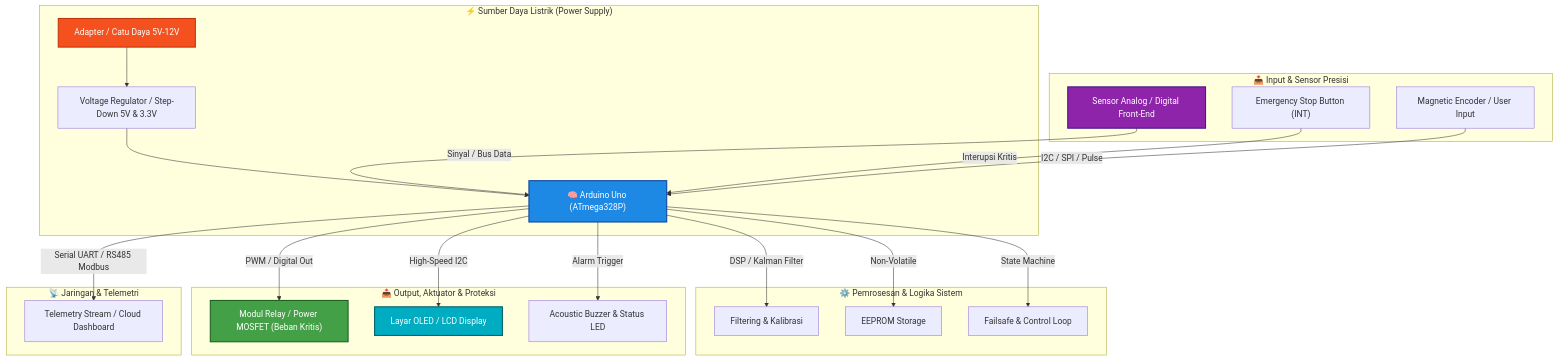
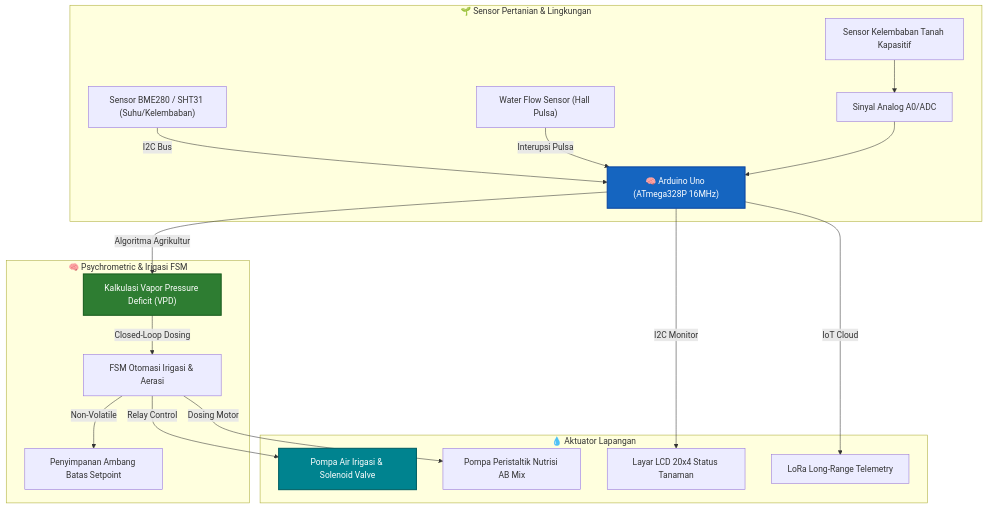
Before and after one commit to muhammadfikri-dev/arduino-uno-urban-microclimate-pm: the diagram in README.md, drawn with Mermaid. The commit also changed other lines of this file, not shown here.

Commit message:
docs: update unique domain-specific Mermaid architecture & tailored BOM for Precision Agriculture

````diff
--- a/README.md
+++ b/README.md
@@ -17,35 +17,26 @@
 ```mermaid
 graph TD
-    subgraph Power_Supply ["⚡ Sumber Daya Listrik (Power Supply)"]
-        PSU["Adapter / Catu Daya 5V-12V"] --> REG["Voltage Regulator / Step-Down 5V & 3.3V"]
-        REG --> MCU["🧠 Arduino Uno (ATmega328P)"]
+    subgraph Environmental_Sensing ["🌱 Sensor Pertanian & Lingkungan"]
+        SOIL["Sensor Kelembaban Tanah Kapasitif"] --> SENS_IN["Sinyal Analog A0/ADC"]
+        CLIMATE["Sensor BME280 / SHT31 (Suhu/Kelembaban)"] -->|"I2C Bus"| MCU["🧠 Arduino Uno (ATmega328P 16MHz)"]
+        FLOW["Water Flow Sensor (Hall Pulsa)"] -->|"Interupsi Pulsa"| MCU
+        SENS_IN --> MCU
     end
 
-    subgraph Inputs_Sensors ["📥 Input & Sensor Presisi"]
-        SENS["Sensor Analog / Digital Front-End"] -->|"Sinyal / Bus Data"| MCU
-        ESTOP["Emergency Stop Button (INT)"] -->|"Interupsi Kritis"| MCU
-        ENC["Magnetic Encoder / User Input"] -->|"I2C / SPI / Pulse"| MCU
+    subgraph Agro_Logic ["🧠 Psychrometric & Irigasi FSM"]
+        MCU -->|"Algoritma Agrikultur"| VPD["Kalkulasi Vapor Pressure Deficit (VPD)"]
+        VPD -->|"Closed-Loop Dosing"| FSM["FSM Otomasi Irigasi & Aerasi"]
+        FSM -->|"Non-Volatile"| NVS["Penyimpanan Ambang Batas Setpoint"]
     end
 
-    subgraph Controller_Core ["⚙️ Pemrosesan & Logika Sistem"]
-        MCU -->|"DSP / Kalman Filter"| DSP["Filtering & Kalibrasi"]
-        MCU -->|"Non-Volatile"| NVS["EEPROM Storage"]
-        MCU -->|"State Machine"| FSM["Failsafe & Control Loop"]
+    subgraph Actuators_Field ["💧 Aktuator Lapangan"]
+        FSM -->|"Relay Control"| PUMP["Pompa Air Irigasi & Solenoid Valve"]
+        FSM -->|"Dosing Motor"| DOSER["Pompa Peristaltik Nutrisi AB Mix"]
+        MCU -->|"I2C Monitor"| LCD["Layar LCD 20x4 Status Tanaman"]
+        MCU -->|"IoT Cloud"| AGRO_CLOUD["LoRa Long-Range Telemetry"]
     end
 
-    subgraph Outputs_Actuators ["📤 Output, Aktuator & Proteksi"]
-        MCU -->|"PWM / Digital Out"| RELAY["Modul Relay / Power MOSFET (Beban Kritis)"]
-        MCU -->|"High-Speed I2C"| DISP["Layar OLED / LCD Display"]
-        MCU -->|"Alarm Trigger"| BUZZ["Acoustic Buzzer & Status LED"]
-    end
-
-    subgraph Communication_Telemetry ["📡 Jaringan & Telemetri"]
-        MCU -->|"Serial UART / RS485 Modbus"| TELEM["Telemetry Stream / Cloud Dashboard"]
-    end
-
-    style MCU fill:#1e88e5,stroke:#0d47a1,stroke-width:2px,color:#ffffff
-    style PSU fill:#f4511e,stroke:#bf360c,stroke-width:2px,color:#ffffff
-    style RELAY fill:#43a047,stroke:#1b5e20,stroke-width:2px,color:#ffffff
-    style SENS fill:#8e24aa,stroke:#4a148c,stroke-width:2px,color:#ffffff
-    style DISP fill:#00acc1,stroke:#006064,stroke-width:2px,color:#ffffff
+    style MCU fill:#1565c0,stroke:#0d47a1,stroke-width:2px,color:#fff
+    style VPD fill:#2e7d32,stroke:#1b5e20,stroke-width:2px,color:#fff
+    style PUMP fill:#00838f,stroke:#006064,stroke-width:2px,color:#fff
 ```
````
